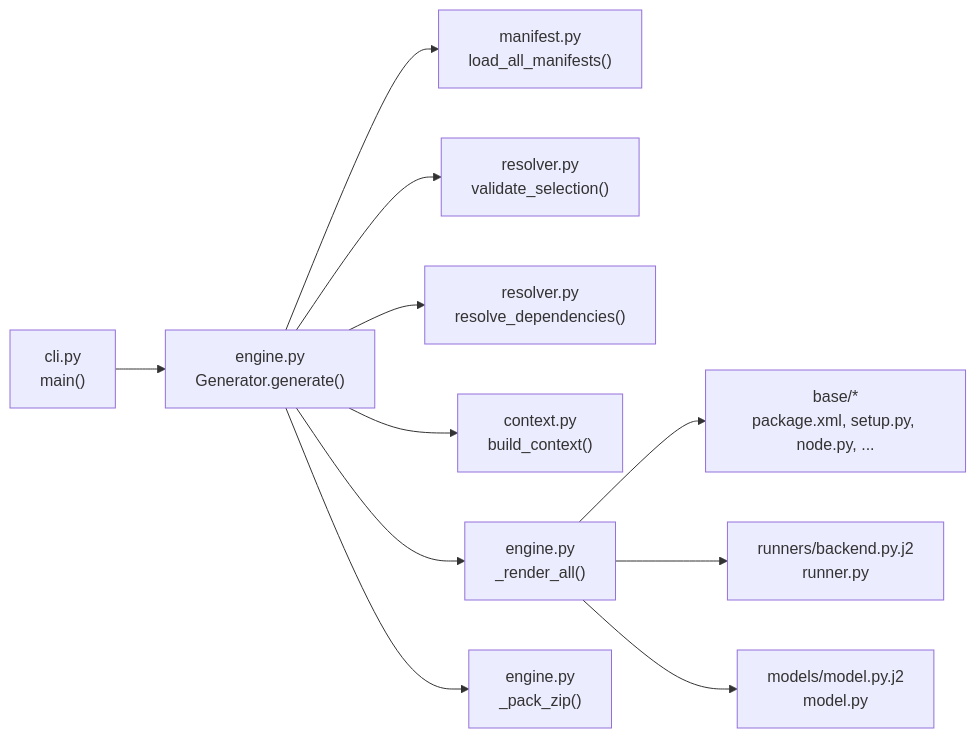
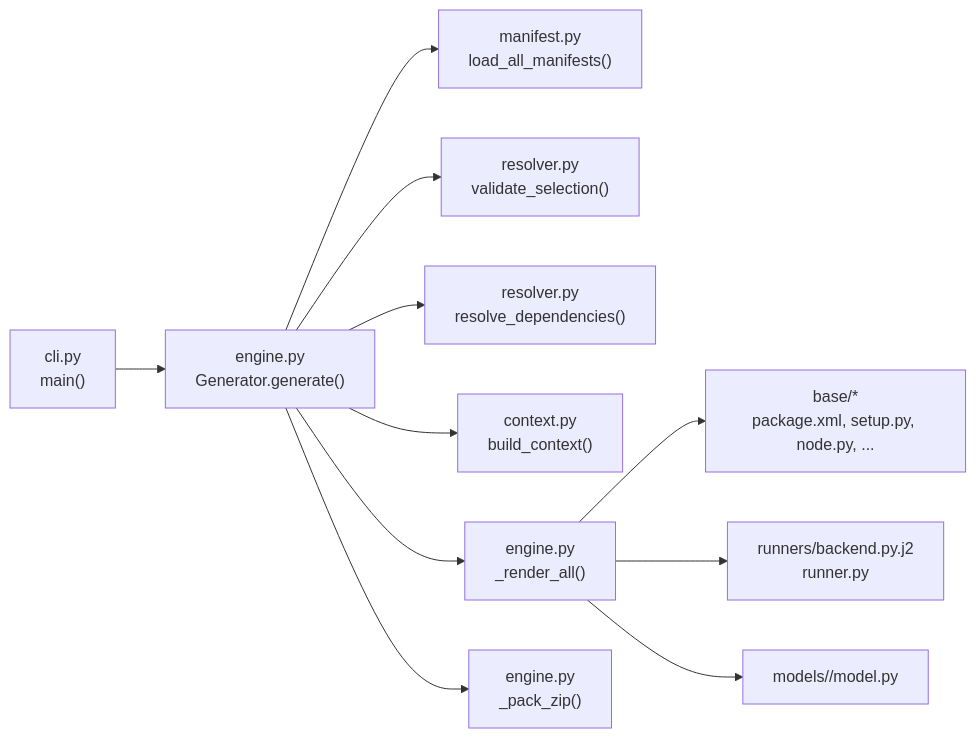
One commit to cristidragomir97/vision-factory changed the second of 2 diagrams in README.md. Above: the diagram before and after it, drawn with Mermaid. The commit also changed other lines of this file and 53 other files, not shown here.

````diff
--- a/README.md
+++ b/README.md
@@ -158,13 +288,13 @@
 ```mermaid
 flowchart LR
     CLI["cli.py\nmain()"] --> Gen["engine.py\nGenerator.generate()"]
     Gen --> M["manifest.py\nload_all_manifests()"]
     Gen --> V["resolver.py\nvalidate_selection()"]
     Gen --> R["resolver.py\nresolve_dependencies()"]
     Gen --> C["context.py\nbuild_context()"]
     Gen --> RA["engine.py\n_render_all()"]
     Gen --> P["engine.py\n_pack_zip()"]
     RA --> B["base/*\npackage.xml, setup.py, node.py, ..."]
     RA --> RN["runners/backend.py.j2\nrunner.py"]
-    RA --> MO["models/model.py.j2\nmodel.py"]
+    RA --> MO["models/<model>/model.py"]
 ```
````
